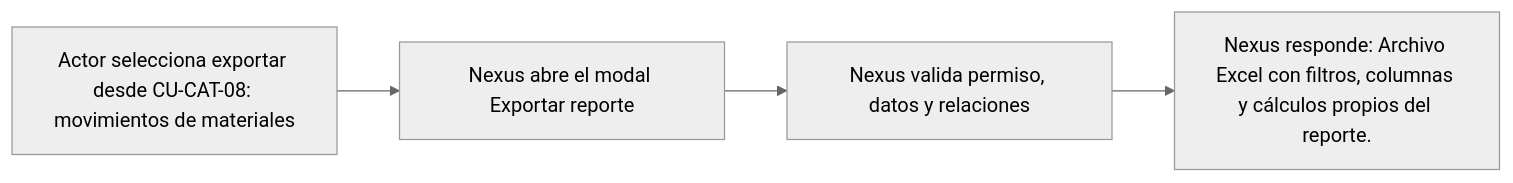
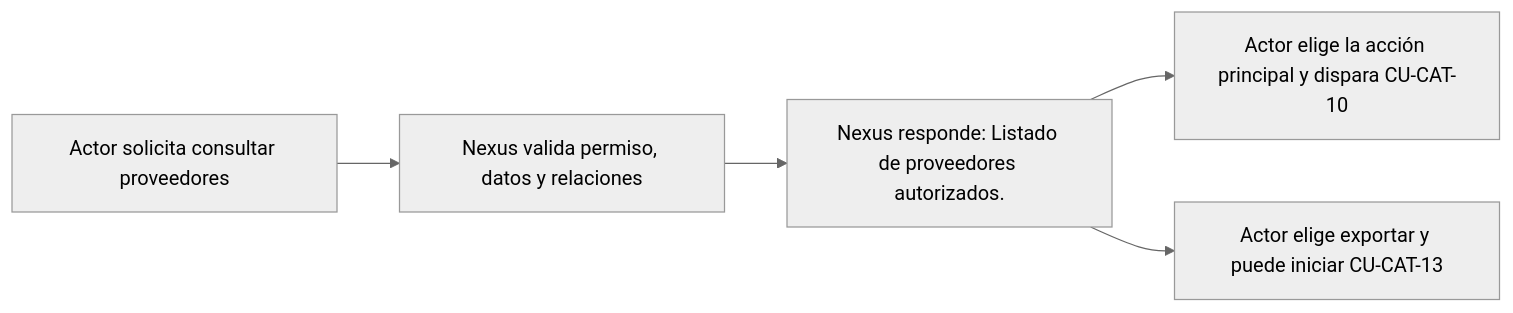
Before and after one commit to gpgsistemas01/nexus: the diagram in docs/requirements/diagrams/catalogs/cu-cat-09.md, drawn with Mermaid (neutral theme). The commit also changed other lines of this file and 207 other files, not shown here.

````diff
--- a/docs/requirements/diagrams/catalogs/cu-cat-09.md
+++ b/docs/requirements/diagrams/catalogs/cu-cat-09.md
@@ -3,6 +3,7 @@
 ```mermaid
 flowchart LR
-    request["Actor selecciona exportar desde CU-CAT-08: movimientos de materiales"] --> modal["Nexus abre el modal Exportar reporte"]
-    modal --> validate["Nexus valida permiso, datos y relaciones"]
-    validate --> result["Nexus responde: Archivo Excel con filtros, columnas y cálculos propios del reporte."]
+    request["Actor solicita consultar proveedores"] --> validate["Nexus valida permiso, datos y relaciones"]
+    validate --> result["Nexus responde: Listado de proveedores autorizados."]
+    result --> primary["Actor elige la acción principal y dispara CU-CAT-10"]
+    result --> report["Actor elige exportar y puede iniciar CU-CAT-13"]
 ```
````
